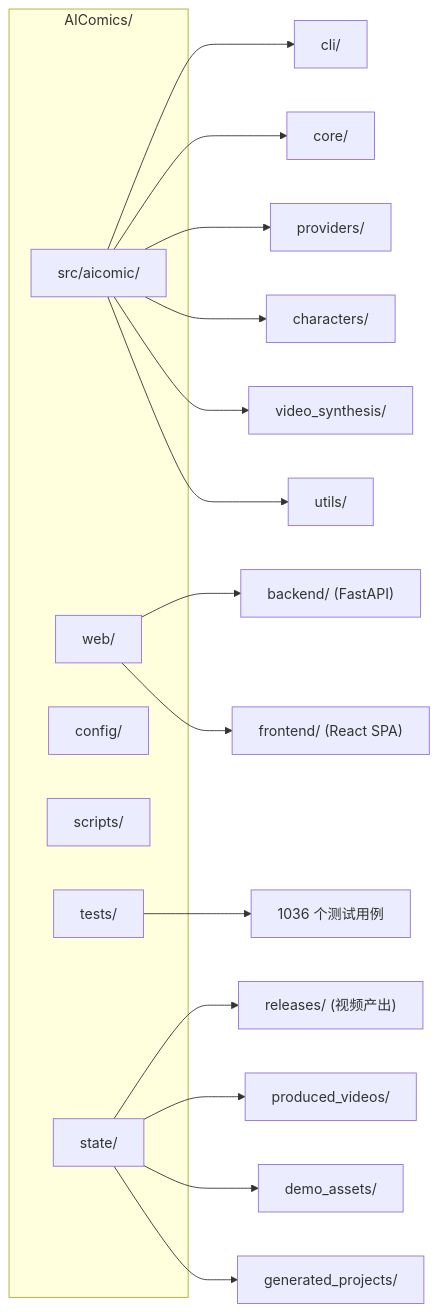
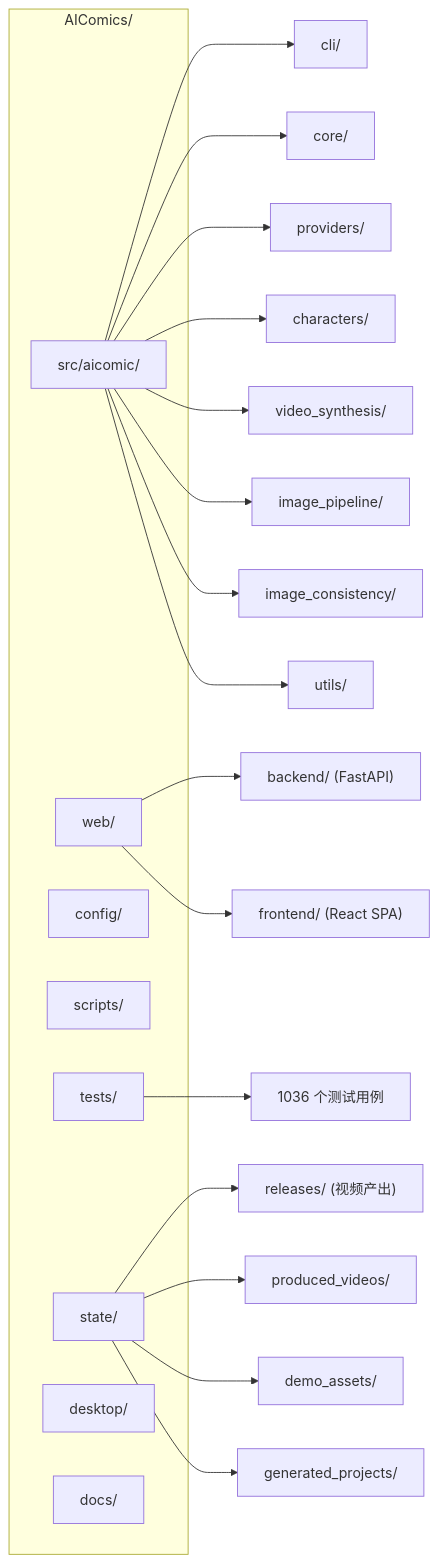
Before and after one commit to chfr19820610-cell/AIComics: the fourth of 4 diagrams in README.md, drawn with Mermaid. The commit also changed other lines of this file, not shown here.

First line of the commit message:
docs: README fully synced to v4.0 — feature table, architecture, structure

````diff
--- a/README.md
+++ b/README.md
@@ -450,28 +473,32 @@
 ```mermaid
 graph LR
     subgraph Root["AIComics/"]
         SRC["src/aicomic/"]
         WEB["web/"]
         CFG["config/"]
         SCR["scripts/"]
         TST["tests/"]
         ST["state/"]
+        DSK["desktop/"]
+        DOCS["docs/"]
     end
 
     SRC --> CLI["cli/"]
     SRC --> CORE["core/"]
     SRC --> PROV2["providers/"]
     SRC --> CHAR2["characters/"]
     SRC --> VS["video_synthesis/"]
+    SRC --> IMG2["image_pipeline/"]
+    SRC --> IC["image_consistency/"]
     SRC --> UTL["utils/"]
 
     WEB --> BE["backend/ (FastAPI)"]
     WEB --> FE["frontend/ (React SPA)"]
 
     TST --> T1036["1036 个测试用例"]
 
     ST --> REL["releases/ (视频产出)"]
     ST --> PV["produced_videos/"]
     ST --> DA["demo_assets/"]
     ST --> GP["generated_projects/"]
 ```
````
